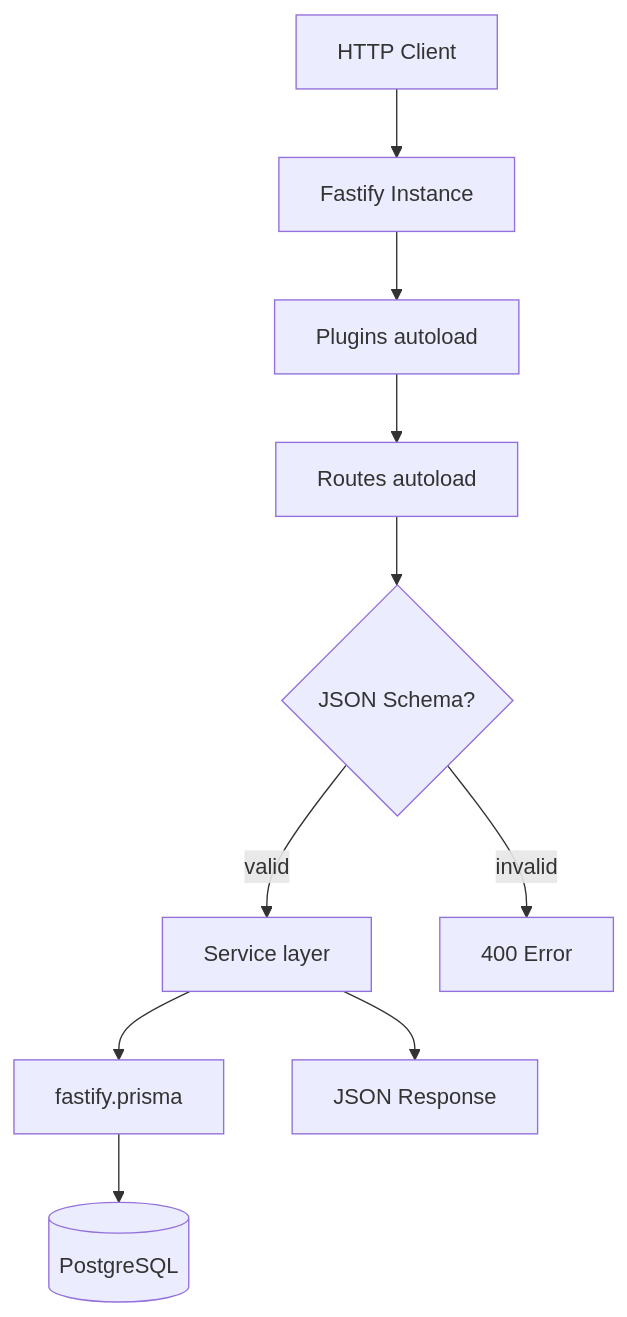
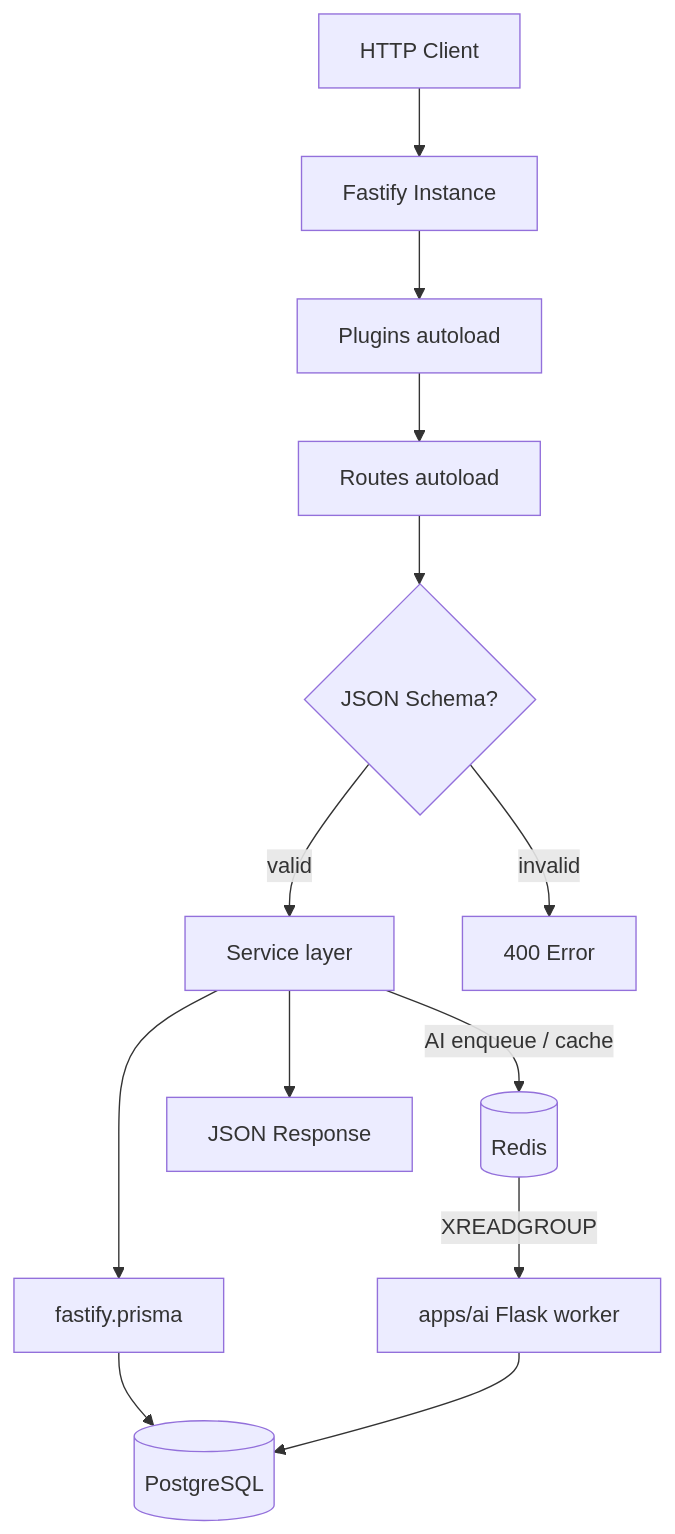
Before and after one commit to Khalil-Bchir/full-stack-saas-boilerplate: the first of 2 diagrams in doc/features/api-architecture.md, drawn with Mermaid. The commit also changed other lines of this file and 91 other files, not shown here.

First line of the commit message:
feat: add async AI jobs with Redis, Flask worker, and labs

````diff
--- a/doc/features/api-architecture.md
+++ b/doc/features/api-architecture.md
@@ -7,12 +7,15 @@
 ```mermaid
 flowchart TD
     Client[HTTP Client] --> Fastify[Fastify Instance]
     Fastify --> Plugins[Plugins autoload]
     Plugins --> Routes[Routes autoload]
     Routes --> Schema{JSON Schema?}
     Schema -->|valid| Service[Service layer]
     Schema -->|invalid| Error[400 Error]
     Service --> Prisma[fastify.prisma]
     Prisma --> DB[(PostgreSQL)]
+    Service -->|AI enqueue / cache| Redis[(Redis)]
+    Redis -->|XREADGROUP| AI["apps/ai Flask worker"]
+    AI --> DB
     Service --> Response[JSON Response]
 ```
````
